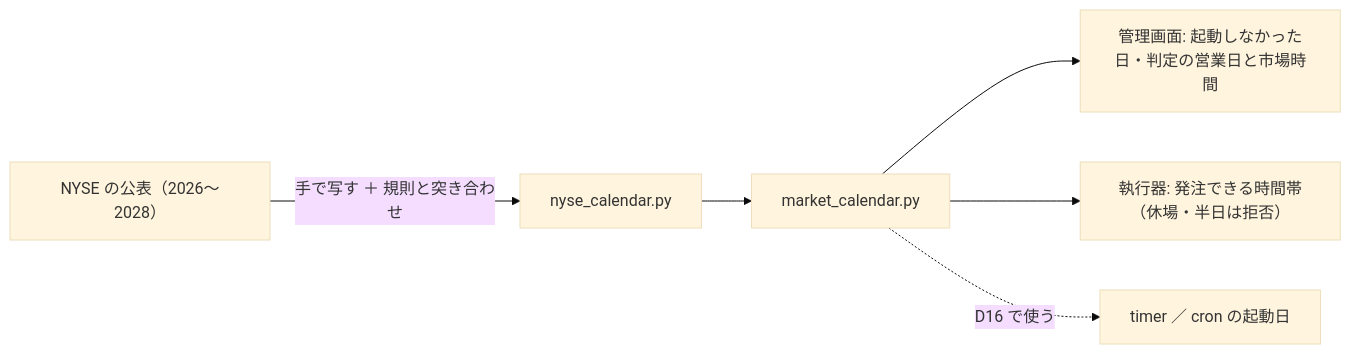
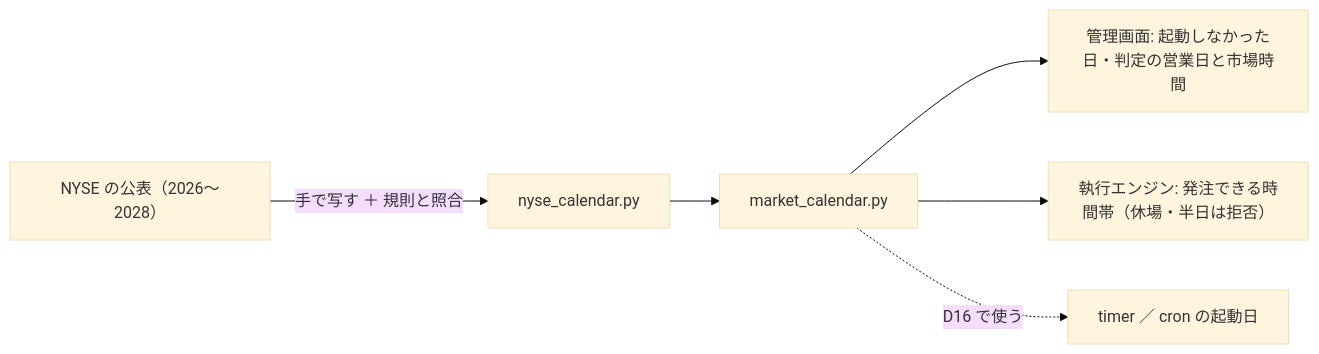
Diagram 17 of 28 in docs/specs/dashboard.md (akiraak/ai-income-lab), drawn with Mermaid (base theme) before and after one commit. The commit also changed other lines of this file and 45 other files, not shown here.

````diff
--- a/docs/specs/dashboard.md
+++ b/docs/specs/dashboard.md
@@ -951,8 +951,8 @@
 ```mermaid
 flowchart LR
-  N["NYSE の公表（2026〜2028）"] -->|"手で写す ＋ 規則と突き合わせ"| T["nyse_calendar.py"]
+  N["NYSE の公表（2026〜2028）"] -->|"手で写す ＋ 規則と照合"| T["nyse_calendar.py"]
   T --> M["market_calendar.py"]
   M --> D["管理画面: 起動しなかった日・判定の営業日と市場時間"]
-  M --> E["執行器: 発注できる時間帯（休場・半日は拒否）"]
+  M --> E["執行エンジン: 発注できる時間帯（休場・半日は拒否）"]
   M -.->|"D16 で使う"| C["timer ／ cron の起動日"]
 ```
````
